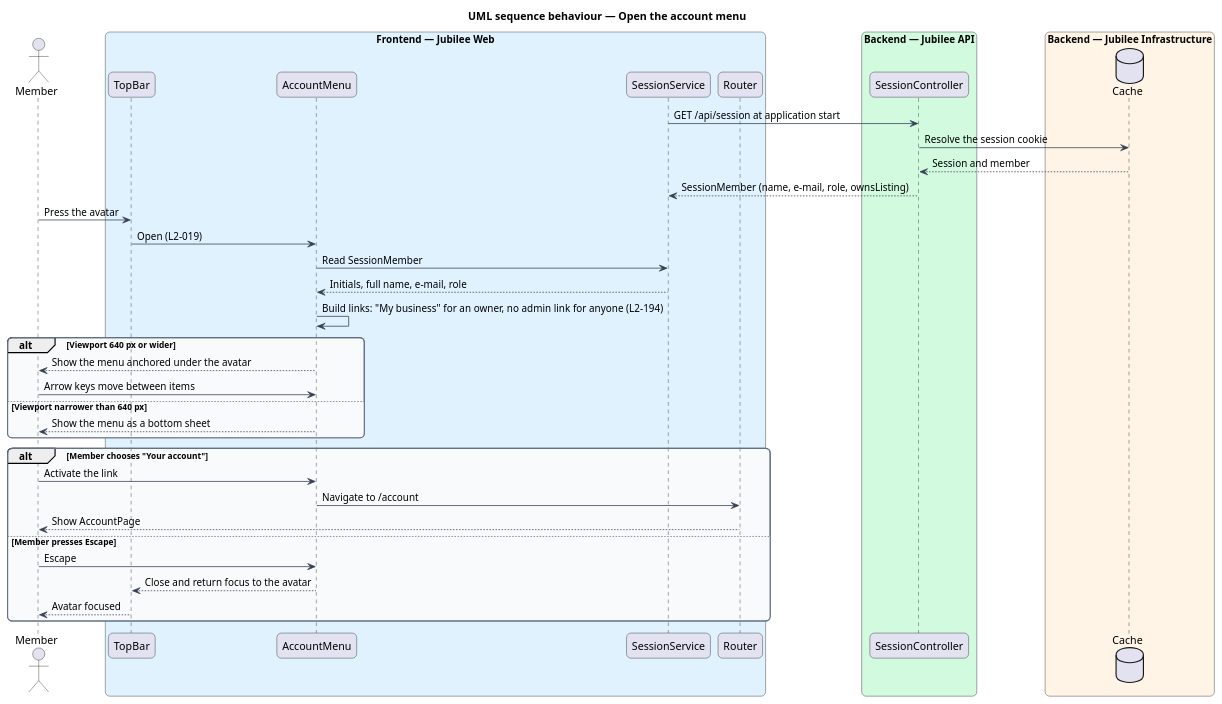
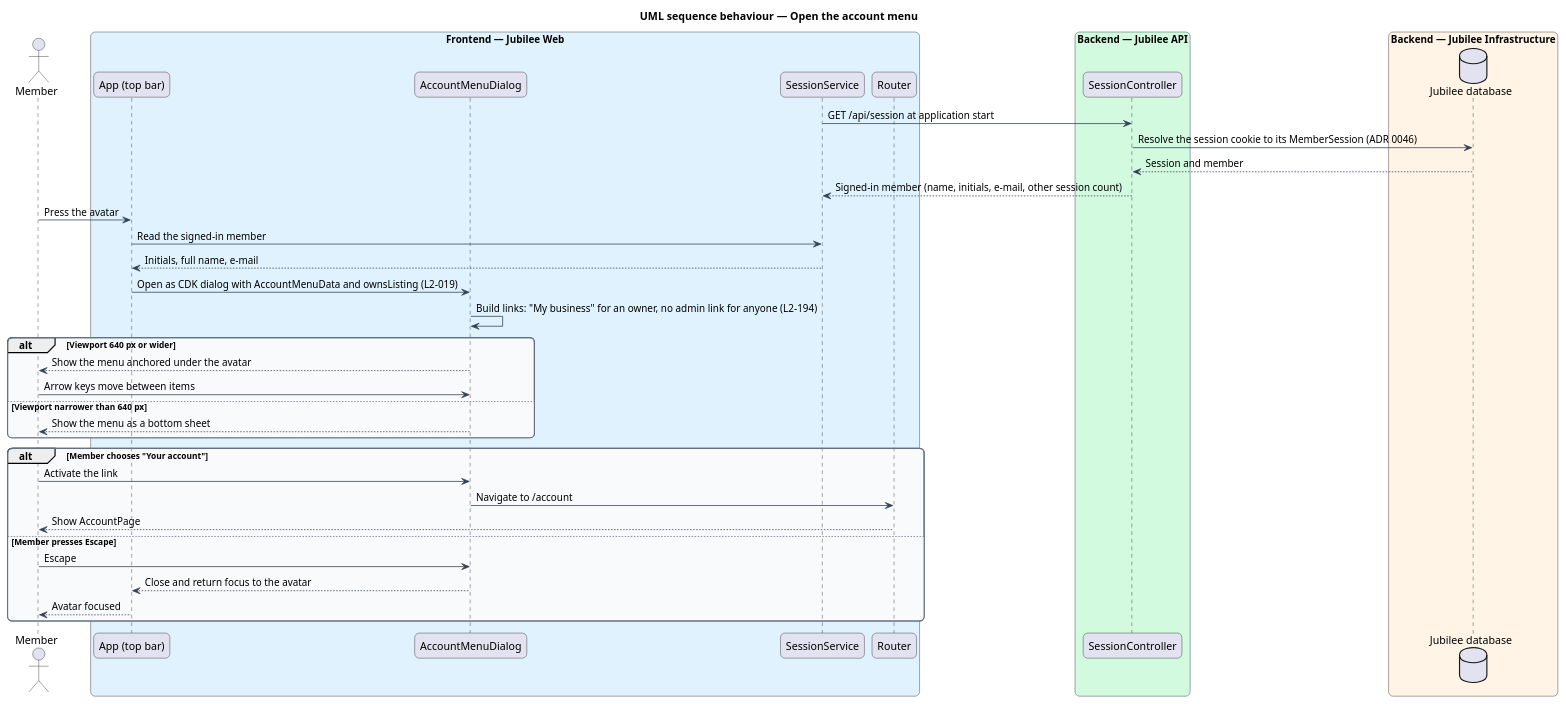
The diagram in docs/detailed-designs/accounts/edit-profile/diagrams/sequence-open-account-menu.puml (QuinntyneBrown/jubilee), drawn with PlantUML before and after one commit. The commit also changed 30 other files, not shown here.

```diff
--- a/docs/detailed-designs/accounts/edit-profile/diagrams/sequence-open-account-menu.puml
+++ b/docs/detailed-designs/accounts/edit-profile/diagrams/sequence-open-account-menu.puml
@@ -1,56 +1,56 @@
 @startuml
 title UML sequence behaviour — Open the account menu
 skinparam backgroundColor #FFFFFF
 skinparam shadowing false
 skinparam roundcorner 12
 skinparam defaultFontName Arial
 skinparam ArrowColor #344054
 skinparam rectangle {
   BorderColor #344054
   FontColor #101828
 }
 skinparam package {
   BorderColor #667085
   FontColor #101828
   BackgroundColor #F9FAFB
 }
 
 
 actor "Member" as actor
 box "Frontend — Jubilee Web" #E0F2FE
-  participant "TopBar" as bar
-  participant "AccountMenu" as menu
+  participant "App (top bar)" as bar
+  participant "AccountMenuDialog" as menu
   participant "SessionService" as session
   participant "Router" as router
 end box
 box "Backend — Jubilee API" #D1FADF
   participant "SessionController" as controller
 end box
 box "Backend — Jubilee Infrastructure" #FFF4E5
-  database "Cache" as cache
+  database "Jubilee database" as db
 end box
 session -> controller : GET /api/session at application start
-controller -> cache : Resolve the session cookie
-cache --> controller : Session and member
-controller --> session : SessionMember (name, e-mail, role, ownsListing)
+controller -> db : Resolve the session cookie to its MemberSession (ADR 0046)
+db --> controller : Session and member
+controller --> session : Signed-in member (name, initials, e-mail, other session count)
 actor -> bar : Press the avatar
-bar -> menu : Open (L2-019)
-menu -> session : Read SessionMember
-session --> menu : Initials, full name, e-mail, role
+bar -> session : Read the signed-in member
+session --> bar : Initials, full name, e-mail
+bar -> menu : Open as CDK dialog with AccountMenuData and ownsListing (L2-019)
 menu -> menu : Build links: "My business" for an owner, no admin link for anyone (L2-194)
 alt Viewport 640 px or wider
   menu --> actor : Show the menu anchored under the avatar
   actor -> menu : Arrow keys move between items
 else Viewport narrower than 640 px
   menu --> actor : Show the menu as a bottom sheet
 end
 alt Member chooses "Your account"
   actor -> menu : Activate the link
   menu -> router : Navigate to /account
   router --> actor : Show AccountPage
 else Member presses Escape
   actor -> menu : Escape
   menu --> bar : Close and return focus to the avatar
   bar --> actor : Avatar focused
 end
 @enduml
```
